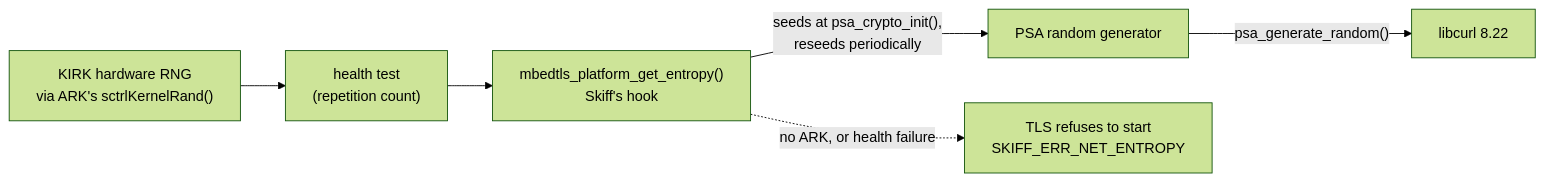
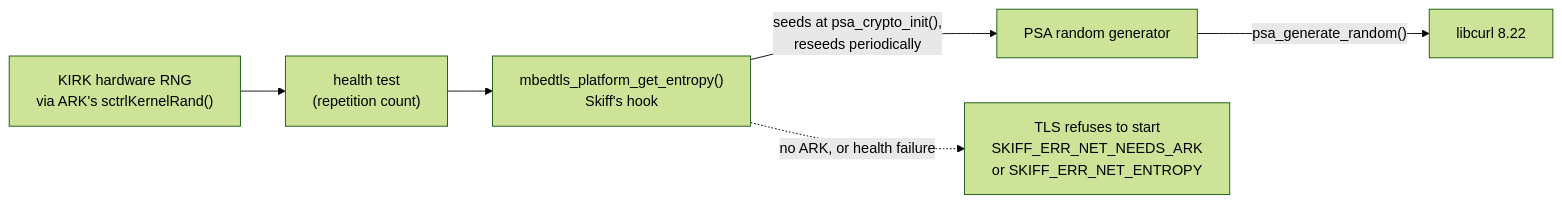
Before and after one commit to chiva/skiff: the second of 2 diagrams in docs/development/tls.md, drawn with Mermaid (forest theme). The commit also changed other lines of this file and 9 other files, not shown here.

Commit message:
feat(net): report SKIFF_ERR_NET_NEEDS_ARK (109) when networking cannot start without ARK

````diff
--- a/docs/development/tls.md
+++ b/docs/development/tls.md
@@ -72,8 +72,8 @@
 ```mermaid
 flowchart LR
     kirk["KIRK hardware RNG<br/>via ARK's sctrlKernelRand()"] --> health["health test<br/>(repetition count)"]
     health --> hook["mbedtls_platform_get_entropy()<br/>Skiff's hook"]
     hook -->|"seeds at psa_crypto_init(),<br/>reseeds periodically"| drbg["PSA random generator"]
     drbg -->|"psa_generate_random()"| curl["libcurl 8.22"]
-    hook -. "no ARK, or health failure" .-> fail["TLS refuses to start<br/>SKIFF_ERR_NET_ENTROPY"]
+    hook -. "no ARK, or health failure" .-> fail["TLS refuses to start<br/>SKIFF_ERR_NET_NEEDS_ARK<br/>or SKIFF_ERR_NET_ENTROPY"]
 ```
````
